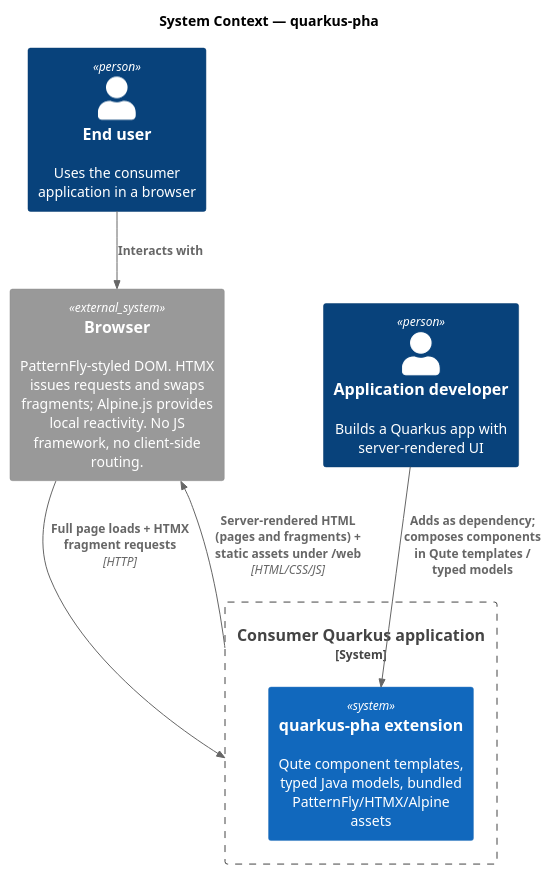
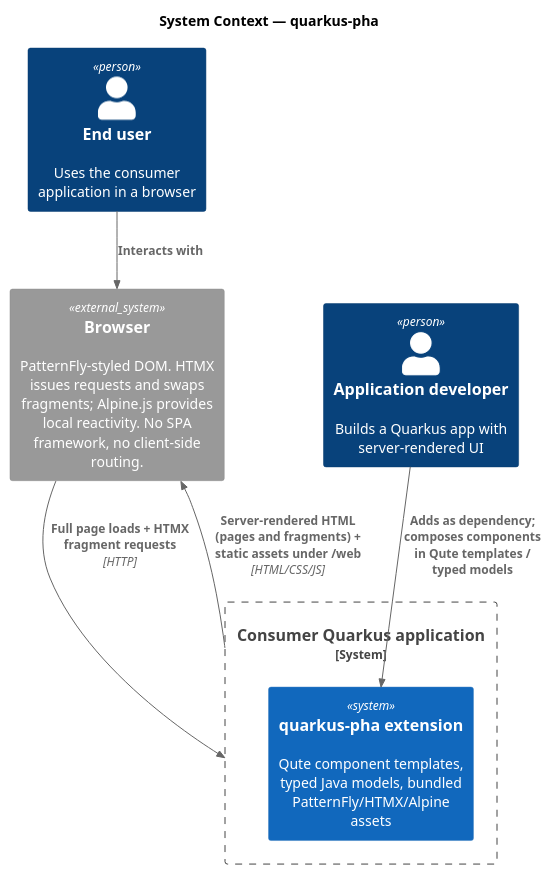
Before and after one commit to SiteNetSoft/quarkus-pha: the diagram in docs/diagrams/c4-context.puml, drawn with PlantUML. The commit also changed 17 other files, not shown here.

First line of the commit message:
docs: SPA-free framing sweep — server renders the HTML, HTMX swaps

```diff
--- a/docs/diagrams/c4-context.puml
+++ b/docs/diagrams/c4-context.puml
@@ -1,19 +1,19 @@
 @startuml c4-context
 !include <C4/C4_Context>
 
 title System Context — quarkus-pha
 
 Person(user, "End user", "Uses the consumer application in a browser")
 Person(dev, "Application developer", "Builds a Quarkus app with server-rendered UI")
 
 System_Boundary(app, "Consumer Quarkus application") {
   System(pha, "quarkus-pha extension", "Qute component templates, typed Java models, bundled PatternFly/HTMX/Alpine assets")
 }
 
-System_Ext(browser, "Browser", "PatternFly-styled DOM. HTMX issues requests and swaps fragments; Alpine.js provides local reactivity. No JS framework, no client-side routing.")
+System_Ext(browser, "Browser", "PatternFly-styled DOM. HTMX issues requests and swaps fragments; Alpine.js provides local reactivity. No SPA framework, no client-side routing.")
 
 Rel(dev, pha, "Adds as dependency; composes components in Qute templates / typed models")
 Rel(user, browser, "Interacts with")
 Rel(browser, app, "Full page loads + HTMX fragment requests", "HTTP")
 Rel(app, browser, "Server-rendered HTML (pages and fragments) + static assets under /web", "HTML/CSS/JS")
 @enduml
```
